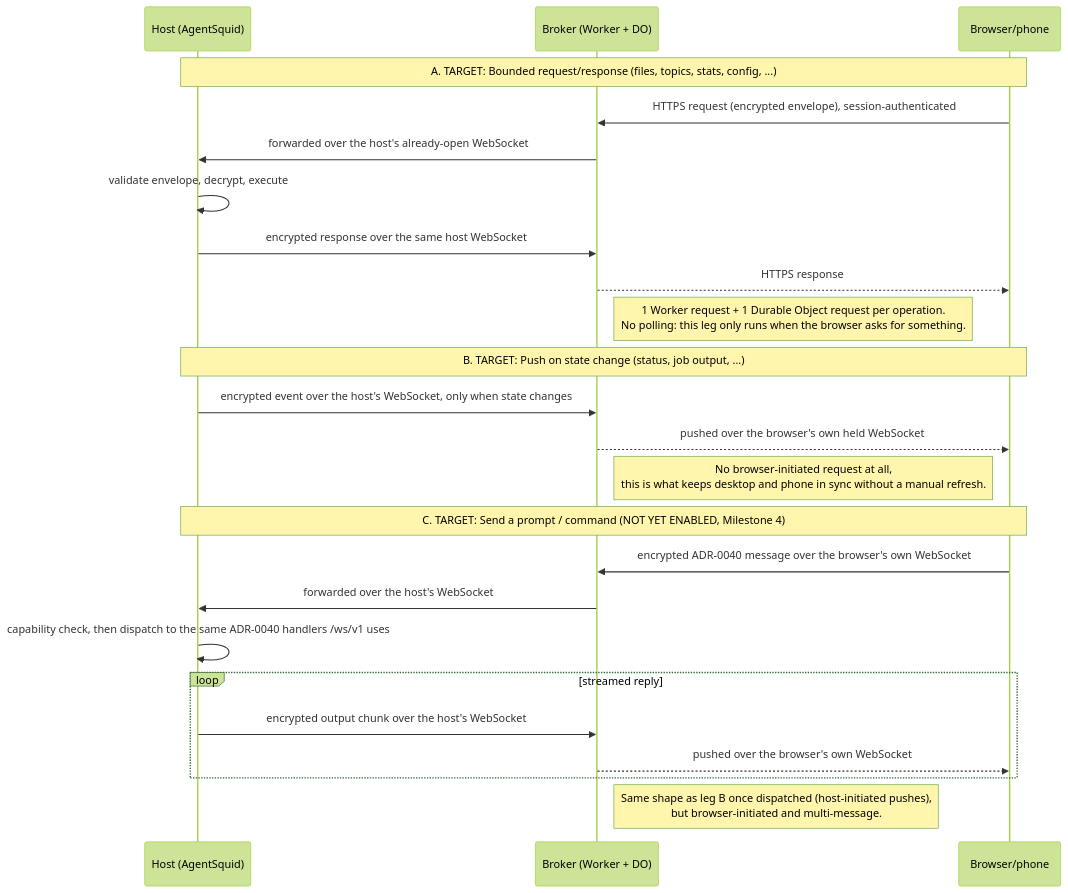
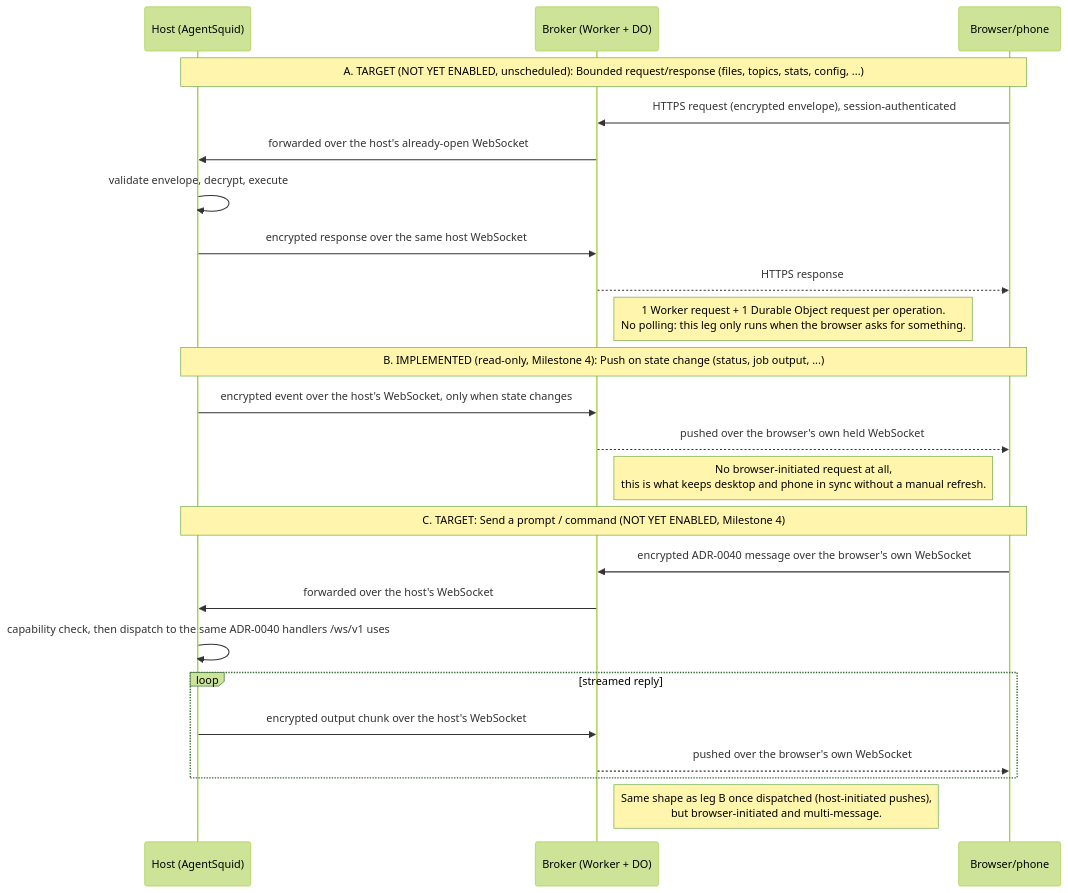
The second of 2 diagrams in docs/decisions/0039-remote-access-via-shore-broker.md (agent-squid/squid), drawn with Mermaid (forest theme) before and after one commit. The commit also changed other lines of this file and 3 other files, not shown here.

````diff
--- a/docs/decisions/0039-remote-access-via-shore-broker.md
+++ b/docs/decisions/0039-remote-access-via-shore-broker.md
@@ -245,29 +246,29 @@
 ```mermaid
 sequenceDiagram
     participant Host as Host (AgentSquid)
     participant Broker as Broker (Worker + DO)
     participant Browser as Browser/phone
 
-    Note over Browser,Host: A. TARGET: Bounded request/response (files, topics, stats, config, ...)
+    Note over Browser,Host: A. TARGET (NOT YET ENABLED, unscheduled): Bounded request/response (files, topics, stats, config, ...)
     Browser->>Broker: HTTPS request (encrypted envelope), session-authenticated
     Broker->>Host: forwarded over the host's already-open WebSocket
     Host->>Host: validate envelope, decrypt, execute
     Host->>Broker: encrypted response over the same host WebSocket
     Broker-->>Browser: HTTPS response
     Note right of Broker: 1 Worker request + 1 Durable Object request per operation.<br/>No polling: this leg only runs when the browser asks for something.
 
-    Note over Browser,Host: B. TARGET: Push on state change (status, job output, ...)
+    Note over Browser,Host: B. IMPLEMENTED (read-only, Milestone 4): Push on state change (status, job output, ...)
     Host->>Broker: encrypted event over the host's WebSocket, only when state changes
     Broker-->>Browser: pushed over the browser's own held WebSocket
     Note right of Broker: No browser-initiated request at all,<br/>this is what keeps desktop and phone in sync without a manual refresh.
 
     Note over Browser,Host: C. TARGET: Send a prompt / command (NOT YET ENABLED, Milestone 4)
     Browser->>Broker: encrypted ADR-0040 message over the browser's own WebSocket
     Broker->>Host: forwarded over the host's WebSocket
     Host->>Host: capability check, then dispatch to the same ADR-0040 handlers /ws/v1 uses
     loop streamed reply
         Host->>Broker: encrypted output chunk over the host's WebSocket
         Broker-->>Browser: pushed over the browser's own WebSocket
     end
     Note right of Broker: Same shape as leg B once dispatched (host-initiated pushes),<br/>but browser-initiated and multi-message.
 ```
````
